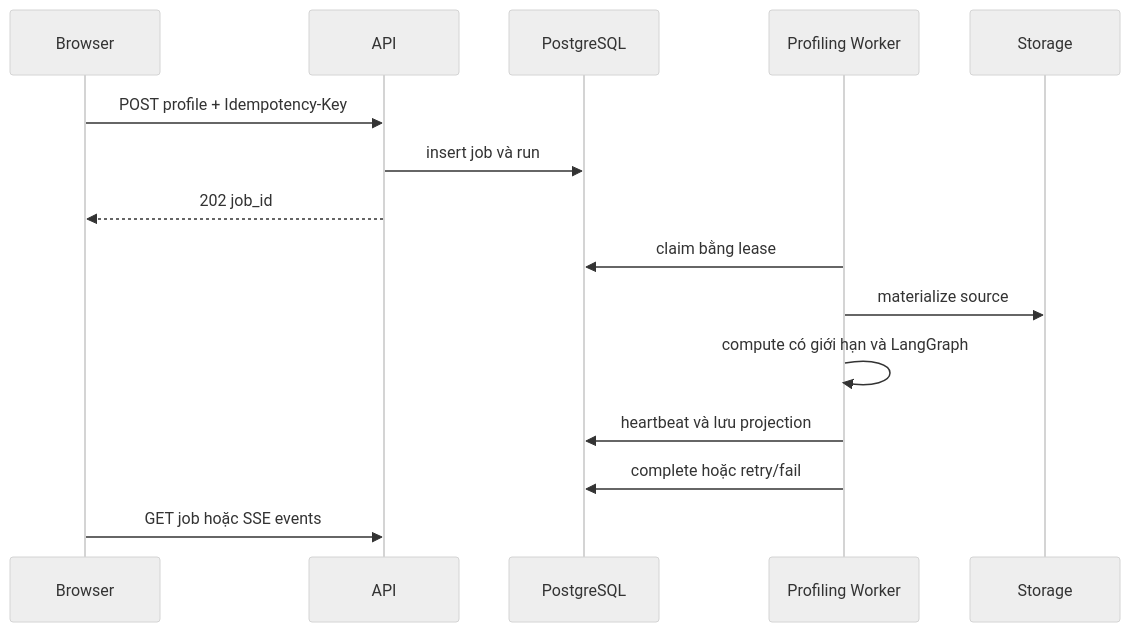
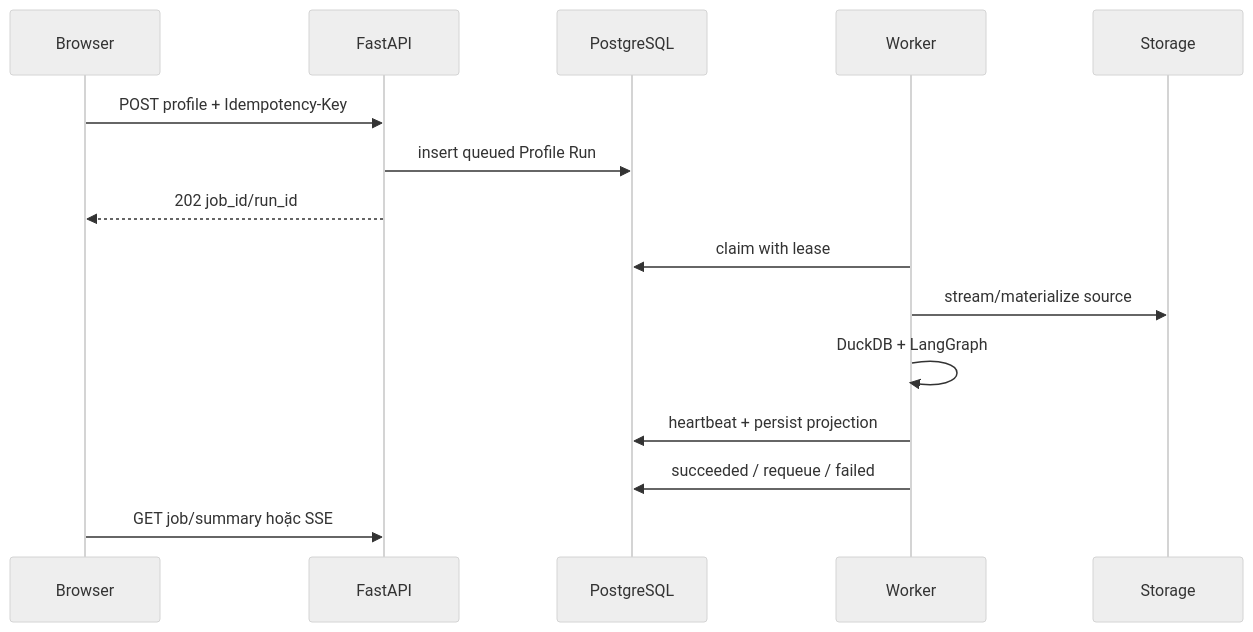
One commit to mhiu05/VDaAgent changed the diagram in docs/architecture/async-profiling-jobs.md. Above: the diagram before and after it, drawn with Mermaid (neutral theme). The commit also changed other lines of this file and 23 other files, not shown here.

Commit message:
docs: refresh architecture and feature contracts

````diff
--- a/docs/architecture/async-profiling-jobs.md
+++ b/docs/architecture/async-profiling-jobs.md
@@ -13,17 +30,17 @@
 ```mermaid
 sequenceDiagram
-  participant U as Browser
-  participant A as API
+  participant B as Browser
+  participant A as FastAPI
   participant DB as PostgreSQL
-  participant W as Profiling Worker
+  participant W as Worker
   participant S as Storage
-  U->>A: POST profile + Idempotency-Key
-  A->>DB: insert job và run
-  A-->>U: 202 job_id
-  W->>DB: claim bằng lease
-  W->>S: materialize source
-  W->>W: compute có giới hạn và LangGraph
-  W->>DB: heartbeat và lưu projection
-  W->>DB: complete hoặc retry/fail
-  U->>A: GET job hoặc SSE events
+  B->>A: POST profile + Idempotency-Key
+  A->>DB: insert queued Profile Run
+  A-->>B: 202 job_id/run_id
+  W->>DB: claim with lease
+  W->>S: stream/materialize source
+  W->>W: DuckDB + LangGraph
+  W->>DB: heartbeat + persist projection
+  W->>DB: succeeded / requeue / failed
+  B->>A: GET job/summary hoặc SSE
 ```
````
